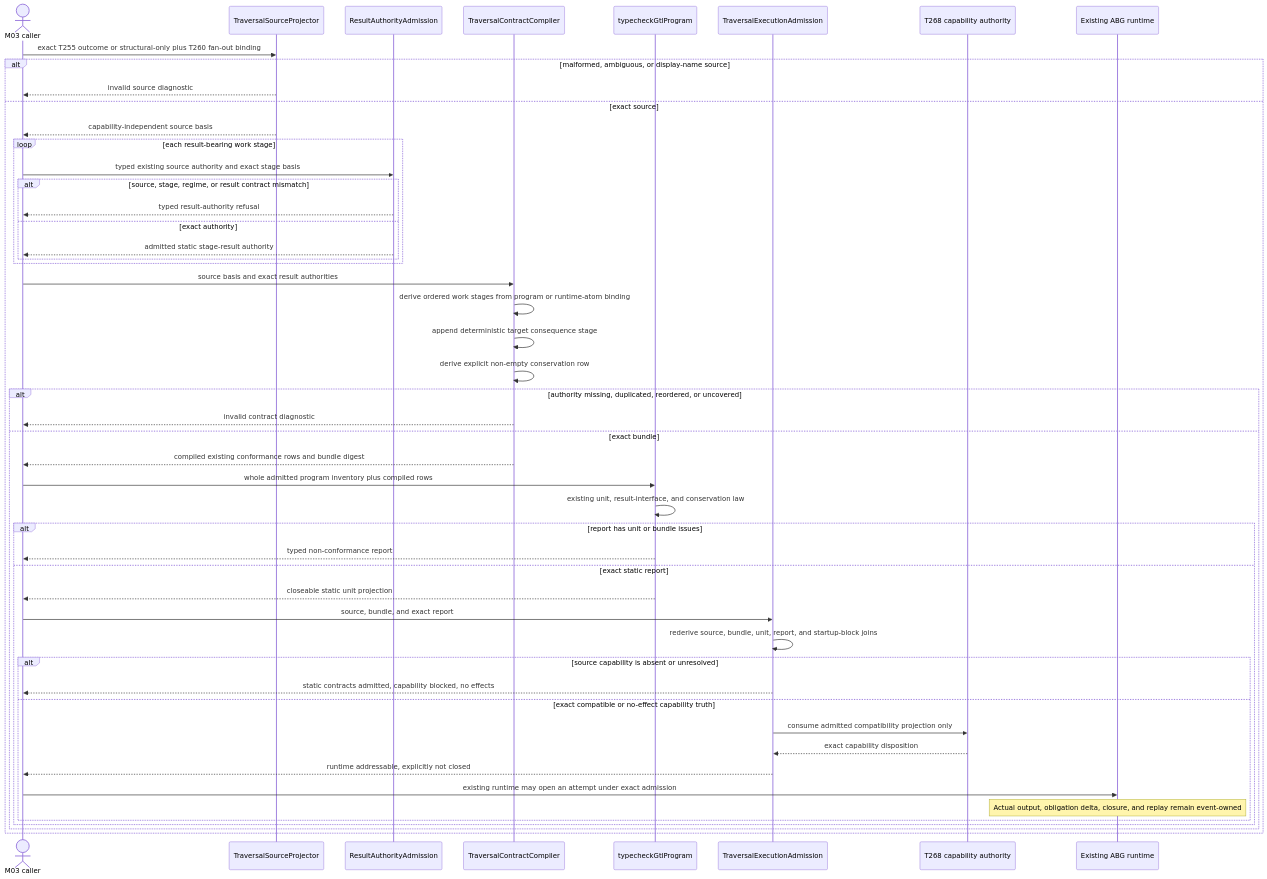
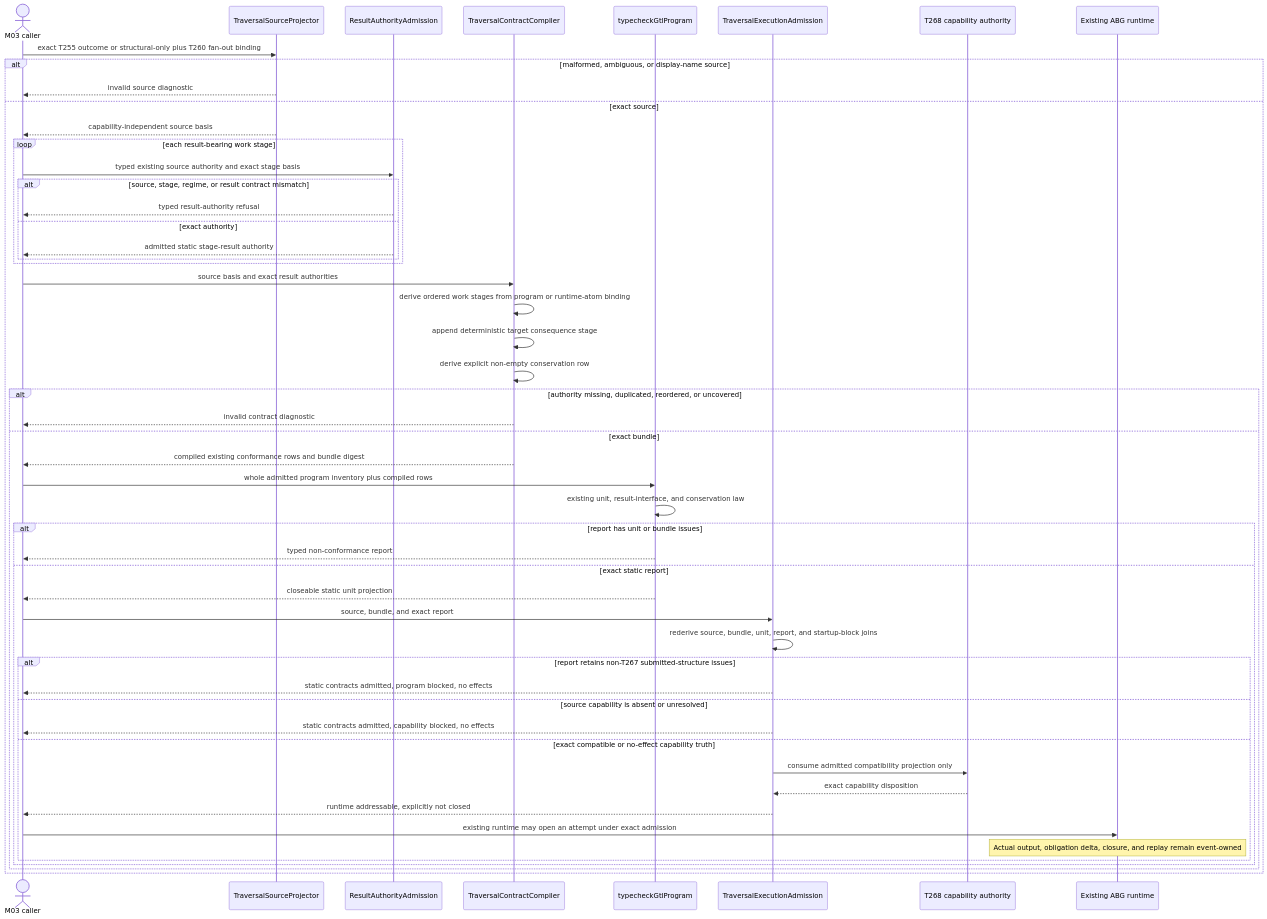
Before and after one commit to foolishimp/abiogenesis: the second of 3 diagrams in build_tenants/abiogenesis/typescript/design/M03_TRAVERSAL_RESULT_BIND_CONSERVATION_BEHAVIOR_DESIGN.md, drawn with Mermaid. The commit also changed other lines of this file and 3 other files, not shown here.

````diff
--- a/build_tenants/abiogenesis/typescript/design/M03_TRAVERSAL_RESULT_BIND_CONSERVATION_BEHAVIOR_DESIGN.md
+++ b/build_tenants/abiogenesis/typescript/design/M03_TRAVERSAL_RESULT_BIND_CONSERVATION_BEHAVIOR_DESIGN.md
@@ -418,53 +434,55 @@
 ```mermaid
 sequenceDiagram
   actor Caller as M03 caller
   participant Source as TraversalSourceProjector
   participant Result as ResultAuthorityAdmission
   participant Compiler as TraversalContractCompiler
   participant Typecheck as typecheckGtlProgram
   participant Gate as TraversalExecutionAdmission
   participant Capability as T268 capability authority
   participant Runtime as Existing ABG runtime
 
   Caller->>Source: exact T255 outcome or structural-only plus T260 fan-out binding
   alt malformed, ambiguous, or display-name source
     Source-->>Caller: invalid source diagnostic
   else exact source
     Source-->>Caller: capability-independent source basis
     loop each result-bearing work stage
       Caller->>Result: typed existing source authority and exact stage basis
       alt source, stage, regime, or result contract mismatch
         Result-->>Caller: typed result-authority refusal
       else exact authority
         Result-->>Caller: admitted static stage-result authority
       end
     end
     Caller->>Compiler: source basis and exact result authorities
     Compiler->>Compiler: derive ordered work stages from program or runtime-atom binding
     Compiler->>Compiler: append deterministic target consequence stage
     Compiler->>Compiler: derive explicit non-empty conservation row
     alt authority missing, duplicated, reordered, or uncovered
       Compiler-->>Caller: invalid contract diagnostic
     else exact bundle
       Compiler-->>Caller: compiled existing conformance rows and bundle digest
       Caller->>Typecheck: whole admitted program inventory plus compiled rows
       Typecheck->>Typecheck: existing unit, result-interface, and conservation law
       alt report has unit or bundle issues
         Typecheck-->>Caller: typed non-conformance report
       else exact static report
         Typecheck-->>Caller: closeable static unit projection
         Caller->>Gate: source, bundle, and exact report
         Gate->>Gate: rederive source, bundle, unit, report, and startup-block joins
-        alt source capability is absent or unresolved
+        alt report retains non-T267 submitted-structure issues
+          Gate-->>Caller: static contracts admitted, program blocked, no effects
+        else source capability is absent or unresolved
           Gate-->>Caller: static contracts admitted, capability blocked, no effects
         else exact compatible or no-effect capability truth
           Gate->>Capability: consume admitted compatibility projection only
           Capability-->>Gate: exact capability disposition
           Gate-->>Caller: runtime addressable, explicitly not closed
           Caller->>Runtime: existing runtime may open an attempt under exact admission
           Note over Runtime: Actual output, obligation delta, closure, and replay remain event-owned
         end
       end
     end
   end
 ```
````
